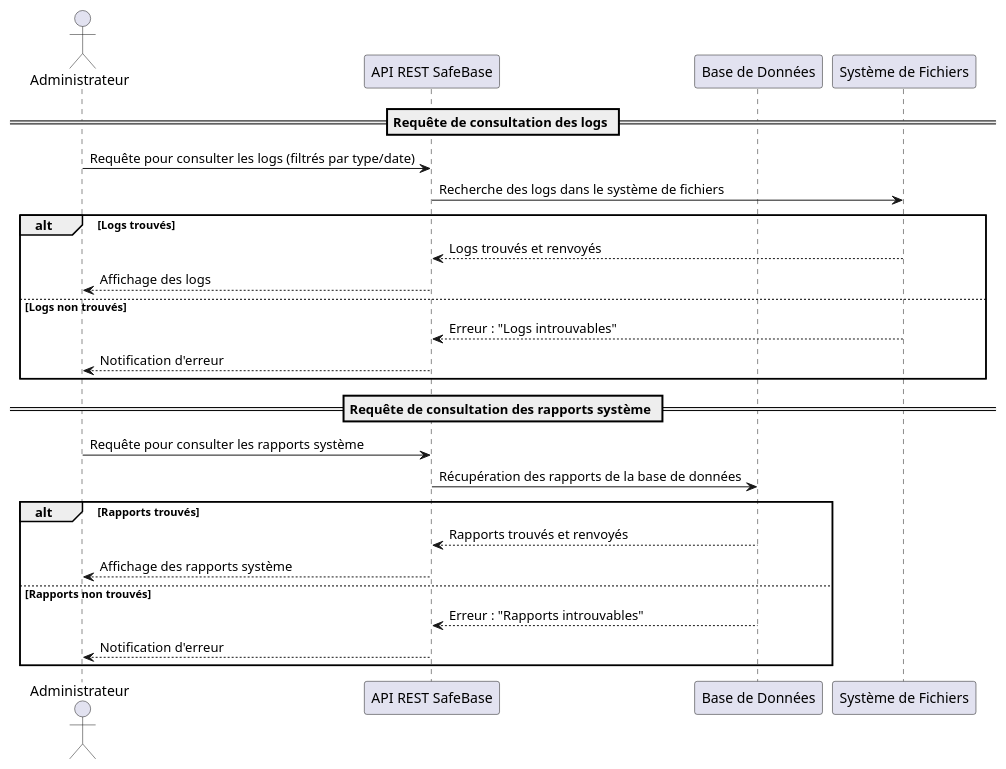
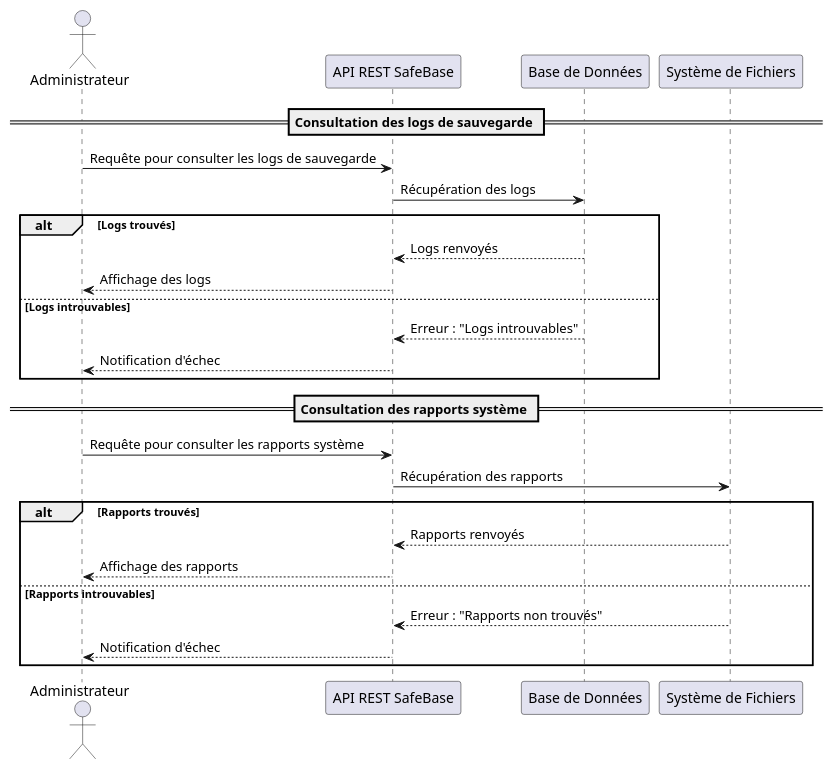
One commit to benoit-bremaud/plateforme-safebase changed the eighth of 12 diagrams in docs/uml/diagramme_sequence.md. Above: the diagram before and after it, drawn with PlantUML. The commit also changed other lines of this file, not shown here.

First line of the commit message:
docs(diagram-sequence): synthesize and finalize UML sequence diagrams

````diff
--- a/docs/uml/diagramme_sequence.md
+++ b/docs/uml/diagramme_sequence.md
@@ -561,33 +399,32 @@
 ```plantuml
 @startuml
 actor "Administrateur" as Admin
 participant "API REST SafeBase" as API
 participant "Base de Données" as DB
 participant "Système de Fichiers" as FS
 
-== Requête de consultation des logs ==
-Admin -> API : Requête pour consulter les logs (filtrés par type/date)
-API -> FS : Recherche des logs dans le système de fichiers
+== Consultation des logs de sauvegarde ==
+Admin -> API : Requête pour consulter les logs de sauvegarde
+API -> DB : Récupération des logs
 
 alt Logs trouvés
-  FS --> API : Logs trouvés et renvoyés
-  API --> Admin : Affichage des logs
-else Logs non trouvés
-  FS --> API : Erreur : "Logs introuvables"
-  API --> Admin : Notification d'erreur
+    DB --> API : Logs renvoyés
+    API --> Admin : Affichage des logs
+else Logs introuvables
+    DB --> API : Erreur : "Logs introuvables"
+    API --> Admin : Notification d'échec
 end alt
 
-== Requête de consultation des rapports système ==
+== Consultation des rapports système ==
 Admin -> API : Requête pour consulter les rapports système
-API -> DB : Récupération des rapports de la base de données
+API -> FS : Récupération des rapports
 
 alt Rapports trouvés
-  DB --> API : Rapports trouvés et renvoyés
-  API --> Admin : Affichage des rapports système
-else Rapports non trouvés
-  DB --> API : Erreur : "Rapports introuvables"
-  API --> Admin : Notification d'erreur
+    FS --> API : Rapports renvoyés
+    API --> Admin : Affichage des rapports
+else Rapports introuvables
+    FS --> API : Erreur : "Rapports non trouvés"
+    API --> Admin : Notification d'échec
 end alt
-
 @enduml
 ```
````
